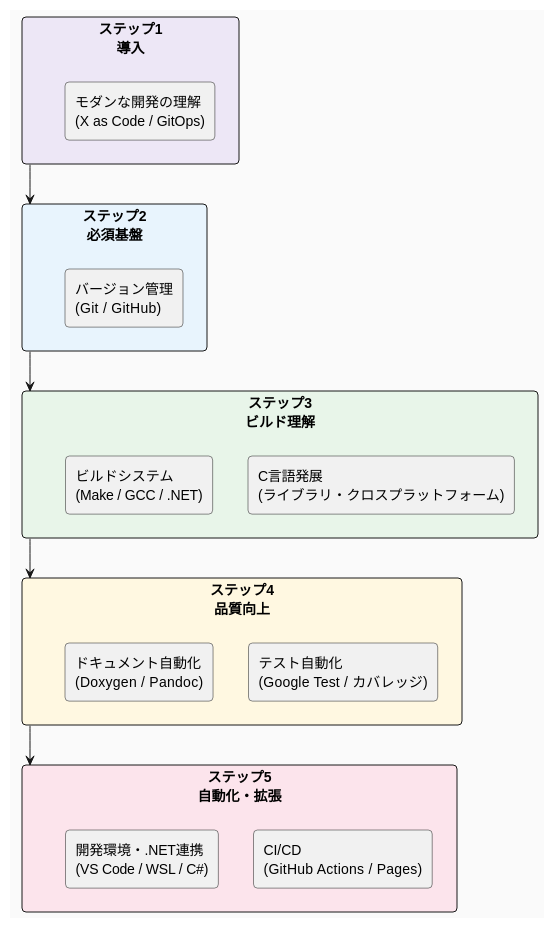
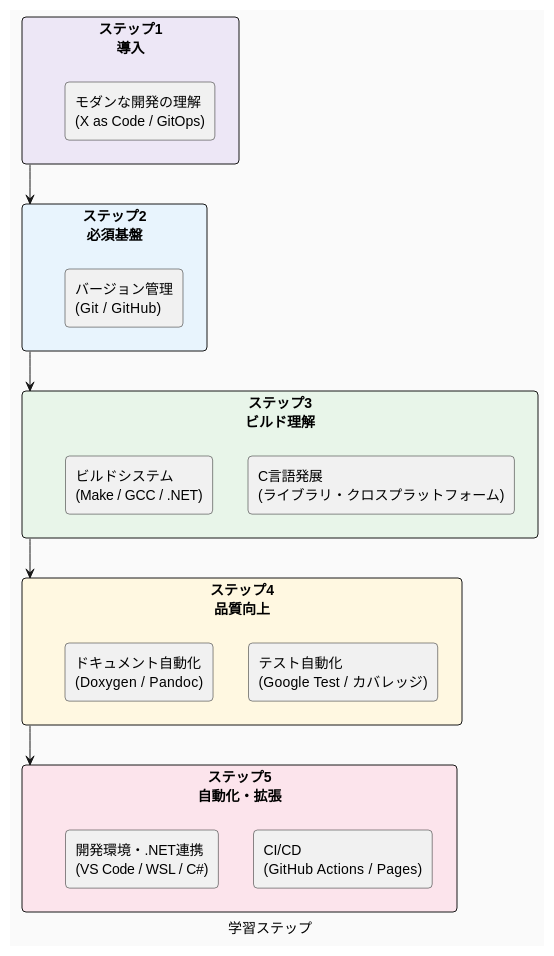
One commit to Hondarer/c-modernization-kit changed the diagram in docs-src/skill-guide/README.md. Above: the diagram before and after it, drawn with PlantUML. The commit also changed other lines of this file and 19 other files, not shown here.

````diff
--- a/docs-src/skill-guide/README.md
+++ b/docs-src/skill-guide/README.md
@@ -19,35 +19,35 @@
 ```plantuml
-@startuml
-skinparam backgroundColor #FAFAFA
-skinparam roundcorner 8
+@startuml 学習ステップ
+    caption 学習ステップ
+    skinparam backgroundColor #FAFAFA
+    skinparam roundcorner 8
 
-rectangle "ステップ1\n導入" as P1 #EDE7F6 {
-  rectangle "モダンな開発の理解\n(X as Code / GitOps)" as P1A
-}
+    rectangle "ステップ1\n導入" as P1 #EDE7F6 {
+        rectangle "モダンな開発の理解\n(X as Code / GitOps)" as P1A
+    }
 
-rectangle "ステップ2\n必須基盤" as P2 #E8F4FD {
-  rectangle "バージョン管理\n(Git / GitHub)" as P2A
-}
+    rectangle "ステップ2\n必須基盤" as P2 #E8F4FD {
+        rectangle "バージョン管理\n(Git / GitHub)" as P2A
+    }
 
-rectangle "ステップ3\nビルド理解" as P3 #E8F5E9 {
-  rectangle "C言語発展\n(ライブラリ・クロスプラットフォーム)" as P3A
-  rectangle "ビルドシステム\n(Make / GCC / .NET)" as P3B
-}
+    rectangle "ステップ3\nビルド理解" as P3 #E8F5E9 {
+        rectangle "C言語発展\n(ライブラリ・クロスプラットフォーム)" as P3A
+        rectangle "ビルドシステム\n(Make / GCC / .NET)" as P3B
+    }
 
-rectangle "ステップ4\n品質向上" as P4 #FFF8E1 {
-  rectangle "テスト自動化\n(Google Test / カバレッジ)" as P4A
-  rectangle "ドキュメント自動化\n(Doxygen / Pandoc)" as P4B
-}
+    rectangle "ステップ4\n品質向上" as P4 #FFF8E1 {
+        rectangle "テスト自動化\n(Google Test / カバレッジ)" as P4A
+        rectangle "ドキュメント自動化\n(Doxygen / Pandoc)" as P4B
+    }
 
-rectangle "ステップ5\n自動化・拡張" as P5 #FCE4EC {
-  rectangle "CI/CD\n(GitHub Actions / Pages)" as P5A
-  rectangle "開発環境・.NET連携\n(VS Code / WSL / C#)" as P5B
-}
+    rectangle "ステップ5\n自動化・拡張" as P5 #FCE4EC {
+        rectangle "CI/CD\n(GitHub Actions / Pages)" as P5A
+        rectangle "開発環境・.NET連携\n(VS Code / WSL / C#)" as P5B
+    }
 
-P1 -down-> P2
-P2 -down-> P3
-P3 -down-> P4
-P4 -down-> P5
-
+    P1 -down-> P2
+    P2 -down-> P3
+    P3 -down-> P4
+    P4 -down-> P5
 @enduml
 ```
````
